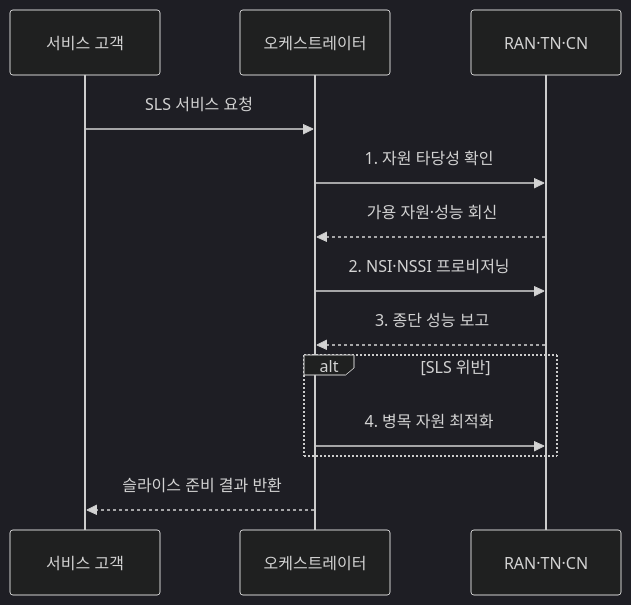
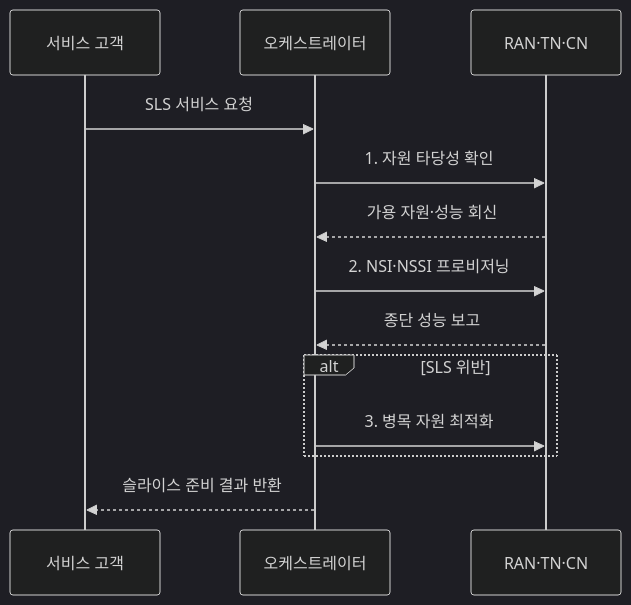
The second of 2 diagrams in src/content/docs/notes/04-network/076_network_slice_resource_management.md (agnusdei1207/knowledge-base), drawn with Mermaid (dark theme) before and after one commit. The commit also changed other lines of this file and 6 other files, not shown here.

````diff
--- a/src/content/docs/notes/04-network/076_network_slice_resource_management.md
+++ b/src/content/docs/notes/04-network/076_network_slice_resource_management.md
@@ -91,15 +91,15 @@
 ```mermaid
 sequenceDiagram
     participant C as 서비스 고객
     participant O as 오케스트레이터
     participant D as RAN·TN·CN
     C->>O: SLS 서비스 요청
     O->>D: 1. 자원 타당성 확인
     D-->>O: 가용 자원·성능 회신
     O->>D: 2. NSI·NSSI 프로비저닝
-    D-->>O: 3. 종단 성능 보고
+    D-->>O: 종단 성능 보고
     alt SLS 위반
-        O->>D: 4. 병목 자원 최적화
+        O->>D: 3. 병목 자원 최적화
     end
     O-->>C: 슬라이스 준비 결과 반환
 ```
````
